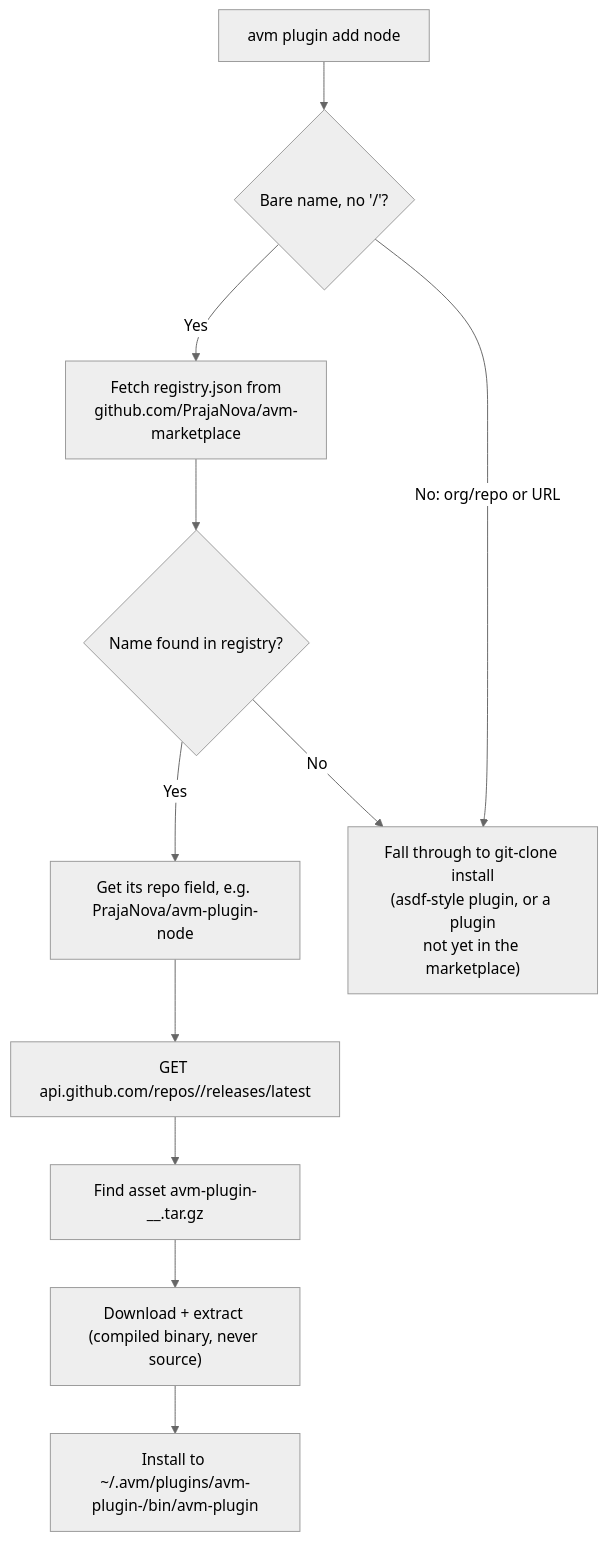
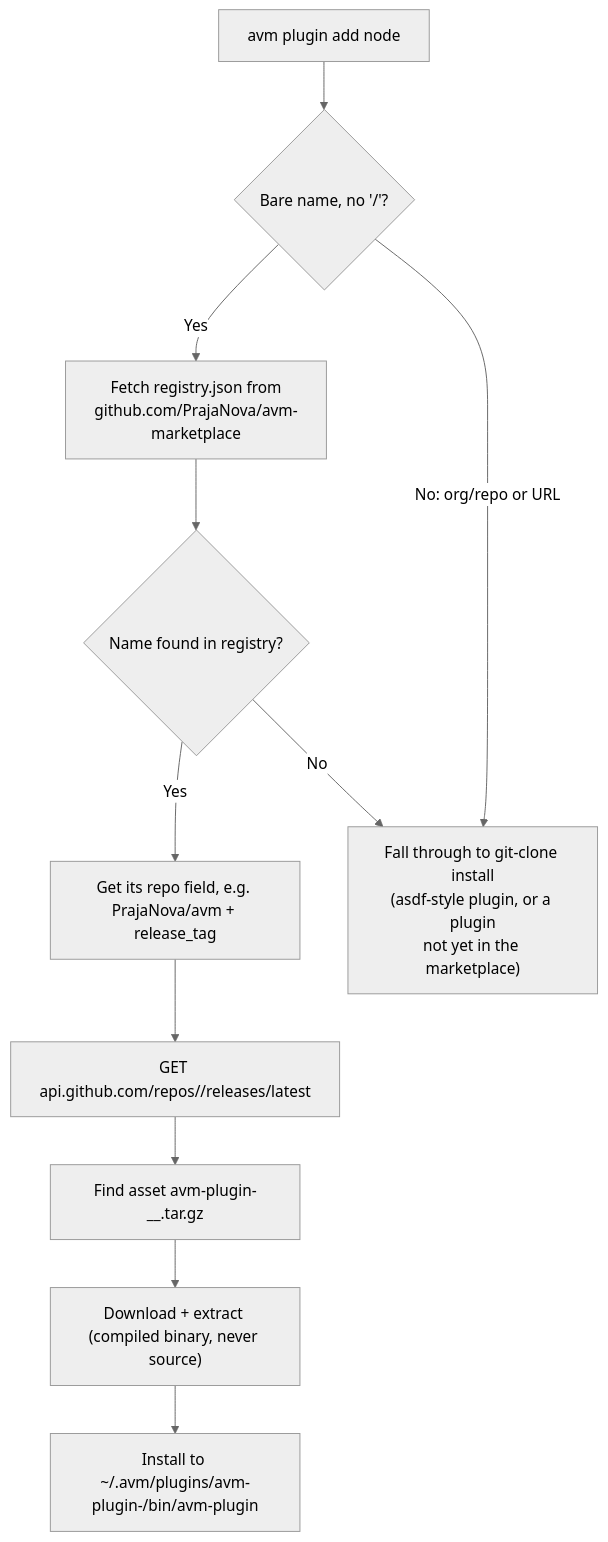
Before and after one commit to PrajaNova/avm: the diagram in docs/architecture/ARCHITECTURE.md, drawn with Mermaid (neutral theme). The commit also changed other lines of this file and 39 other files, not shown here.

````diff
--- a/docs/architecture/ARCHITECTURE.md
+++ b/docs/architecture/ARCHITECTURE.md
@@ -42,13 +42,13 @@
 ```mermaid
 flowchart TD
   A["avm plugin add node"] --> B{"Bare name, no '/'?"}
   B -->|Yes| C["Fetch registry.json from\ngithub.com/PrajaNova/avm-marketplace"]
   C --> D{"Name found in registry?"}
-  D -->|Yes| E["Get its repo field, e.g. PrajaNova/avm-plugin-node"]
+  D -->|Yes| E["Get its repo field, e.g. PrajaNova/avm + release_tag"]
   D -->|No| F["Fall through to git-clone install\n(asdf-style plugin, or a plugin\nnot yet in the marketplace)"]
   B -->|No: org/repo or URL| F
   E --> G["GET api.github.com/repos/<repo>/releases/latest"]
   G --> H["Find asset avm-plugin-<name>_<os>_<arch>.tar.gz"]
   H --> I["Download + extract (compiled binary, never source)"]
   I --> J["Install to ~/.avm/plugins/avm-plugin-<name>/bin/avm-plugin"]
 ```
````
